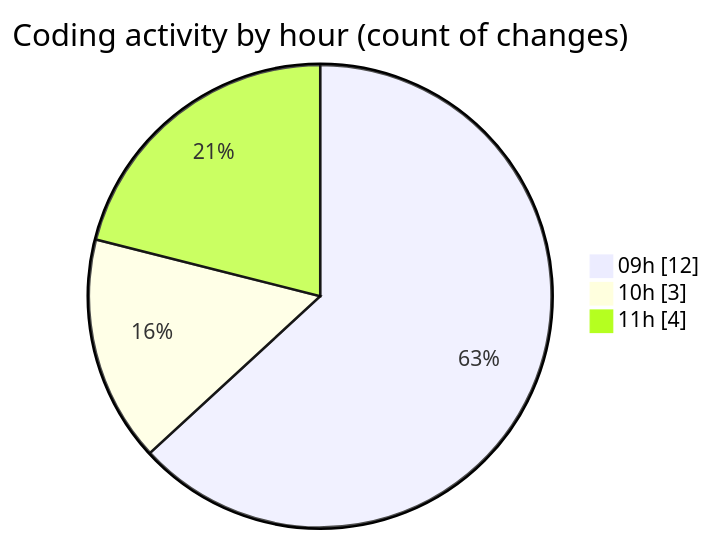
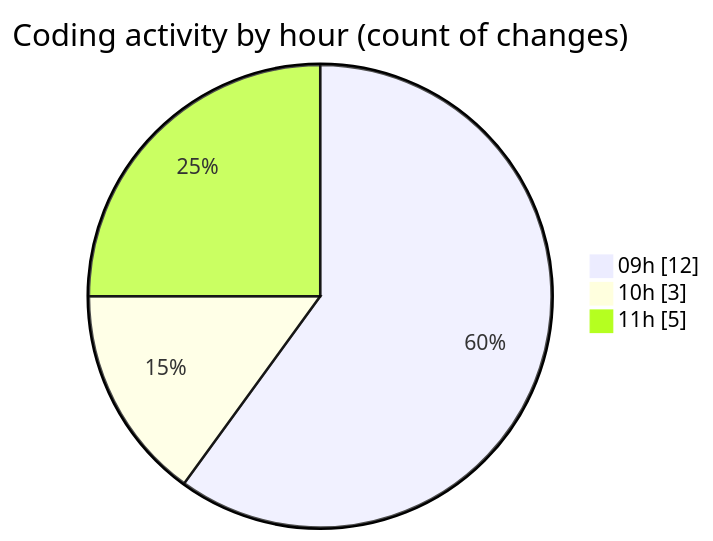
Before and after one commit to MatusMokan/code-tracking: the second of 2 diagrams in 2025-03-08/myws__workspace_/README.md, drawn with Mermaid. The commit also changed other lines of this file and 1 other file, not shown here.

````diff
--- a/2025-03-08/myws__workspace_/README.md
+++ b/2025-03-08/myws__workspace_/README.md
@@ -28,7 +28,7 @@
 ```mermaid
 pie showData
 title Coding activity by hour (count of changes)
 "09h" : 12
 "10h" : 3
-"11h" : 4
+"11h" : 5
 ```
````
